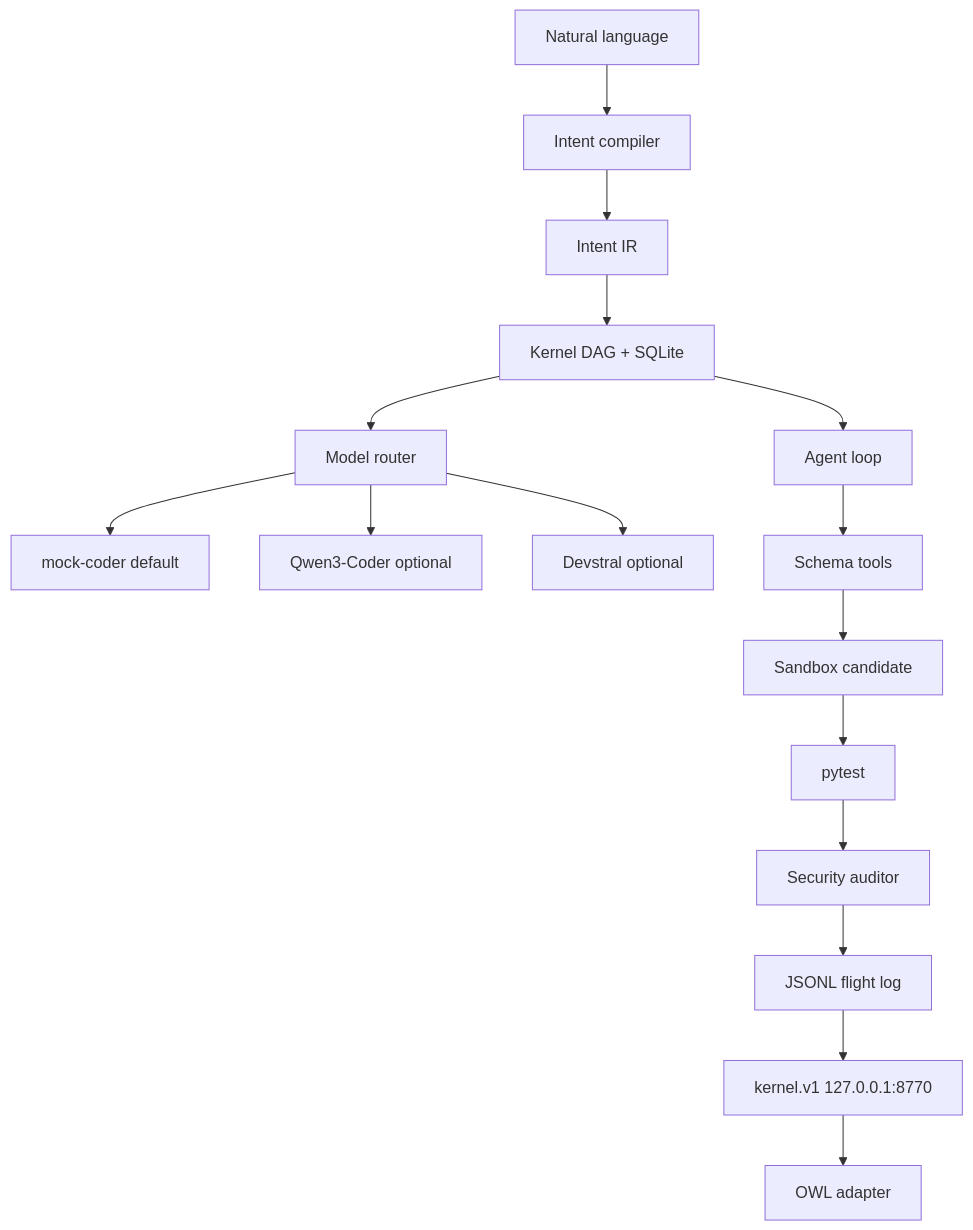
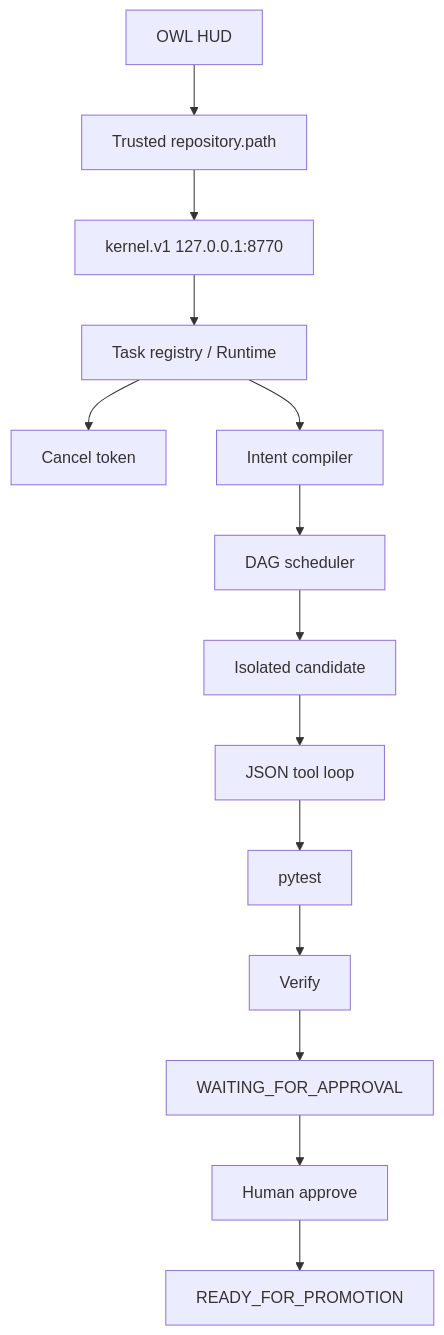
The diagram in docs/ARCHITECTURE.md (thakurpragyan75-collab/owl-cognitive-kernel), drawn with Mermaid before and after one commit. The commit also changed other lines of this file and 16 other files, not shown here.

First line of the commit message:
Explicit repository targeting, real cancel/approval, kernel.v1 contract.

````diff
--- a/docs/ARCHITECTURE.md
+++ b/docs/ARCHITECTURE.md
@@ -3,18 +3,16 @@
 ```mermaid
 flowchart TD
-  NL[Natural language] --> C[Intent compiler]
-  C --> IR[Intent IR]
-  IR --> K[Kernel DAG + SQLite]
-  K --> R[Model router]
-  R --> Mock[mock-coder default]
-  R --> Qwen[Qwen3-Coder optional]
-  R --> Dev[Devstral optional]
-  K --> Loop[Agent loop]
-  Loop --> Tools[Schema tools]
-  Tools --> SB[Sandbox candidate]
-  SB --> T[pytest]
-  T --> SEC[Security auditor]
-  SEC --> Rec[JSONL flight log]
-  Rec --> HTTP[kernel.v1 127.0.0.1:8770]
-  HTTP --> OWL[OWL adapter]
+  OWL[OWL HUD] --> CTX[Trusted repository.path]
+  CTX --> HTTP[kernel.v1 127.0.0.1:8770]
+  HTTP --> REG[Task registry / Runtime]
+  REG --> C[Cancel token]
+  REG --> IR[Intent compiler]
+  IR --> DAG[DAG scheduler]
+  DAG --> SNAP[Isolated candidate]
+  SNAP --> LOOP[JSON tool loop]
+  LOOP --> T[pytest]
+  T --> V[Verify]
+  V --> WAIT[WAITING_FOR_APPROVAL]
+  WAIT --> HUM[Human approve]
+  HUM --> READY[READY_FOR_PROMOTION]
 ```
````
